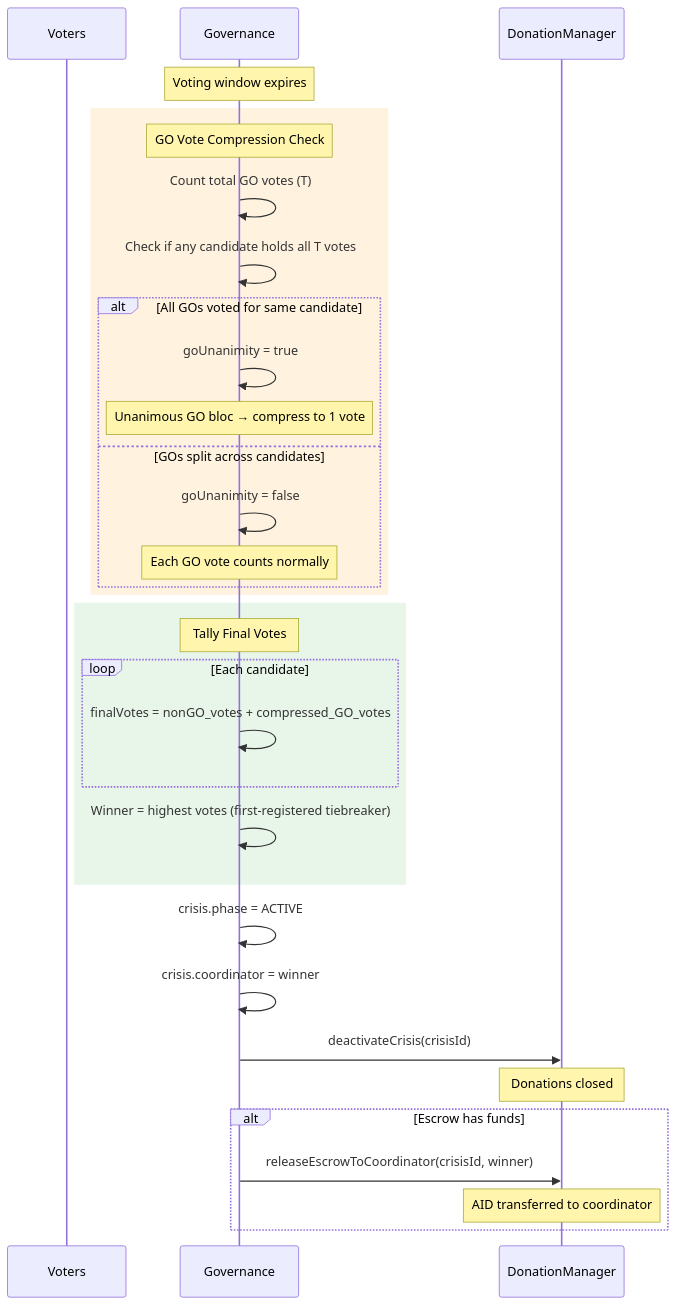
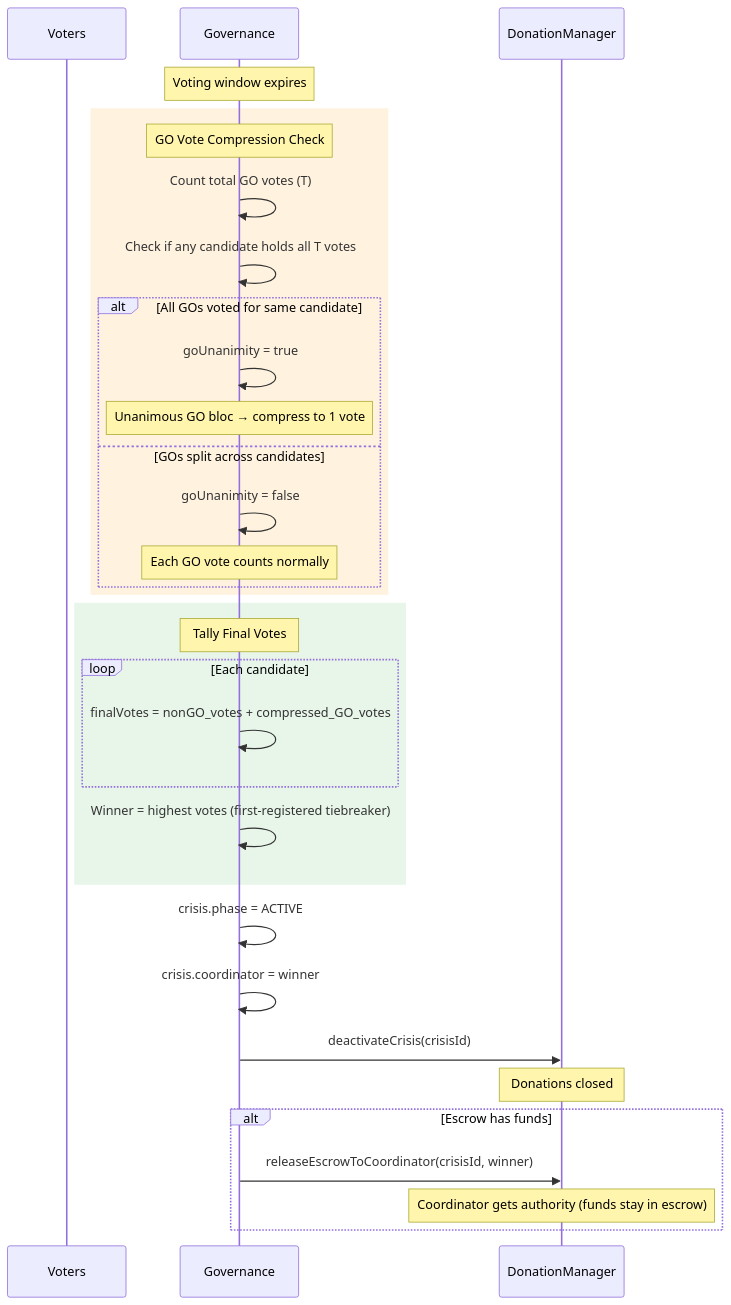
The second of 3 diagrams in docs/technical/03-governance.md (barnehcodes/OPENAID-212-V2), drawn with Mermaid before and after one commit. The commit also changed other lines of this file and 69 other files, not shown here.

````diff
--- a/docs/technical/03-governance.md
+++ b/docs/technical/03-governance.md
@@ -146,39 +161,39 @@
 ```mermaid
 sequenceDiagram
     participant V as Voters
     participant GOV as Governance
     participant DM as DonationManager
 
     Note over GOV: Voting window expires
 
     rect rgb(255, 243, 224)
         Note over GOV: GO Vote Compression Check
         GOV->>GOV: Count total GO votes (T)
         GOV->>GOV: Check if any candidate holds all T votes
         alt All GOs voted for same candidate
             GOV->>GOV: goUnanimity = true
             Note over GOV: Unanimous GO bloc → compress to 1 vote
         else GOs split across candidates
             GOV->>GOV: goUnanimity = false
             Note over GOV: Each GO vote counts normally
         end
     end
 
     rect rgb(232, 245, 233)
         Note over GOV: Tally Final Votes
         loop Each candidate
             GOV->>GOV: finalVotes = nonGO_votes + compressed_GO_votes
         end
         GOV->>GOV: Winner = highest votes (first-registered tiebreaker)
     end
 
     GOV->>GOV: crisis.phase = ACTIVE
     GOV->>GOV: crisis.coordinator = winner
     GOV->>DM: deactivateCrisis(crisisId)
     Note over DM: Donations closed
 
     alt Escrow has funds
         GOV->>DM: releaseEscrowToCoordinator(crisisId, winner)
-        Note over DM: AID transferred to coordinator
+        Note over DM: Coordinator gets authority (funds stay in escrow)
     end
 ```
````
